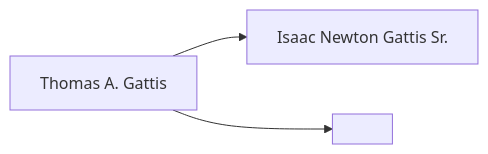
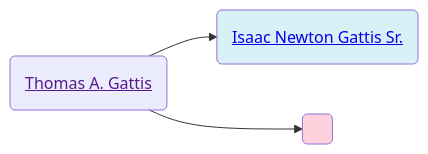
One commit to neelsmith/avocational changed the diagram in familyhistory/sources/people/Gattis-line/Thomas_A._Gattis.qmd. Above: the diagram before and after it, drawn with Mermaid. The commit also changed 71 other files, not shown here.

````diff
--- a/familyhistory/sources/people/Gattis-line/Thomas_A._Gattis.qmd
+++ b/familyhistory/sources/people/Gattis-line/Thomas_A._Gattis.qmd
@@ -19,5 +19,11 @@
 ```{mermaid}
 graph LR
-Thomas_A._Gattis[Thomas A. Gattis] -->  Isaac_Newton_Gattis_Sr.[Isaac Newton Gattis Sr.]
-Thomas_A._Gattis[Thomas A. Gattis]  --> _[ ]
+Thomas_A._Gattis(<a href=''>Thomas A. Gattis</>) -->  Isaac_Newton_Gattis_Sr.(<a href='./Isaac_Newton_Gattis_Sr..html'>Isaac Newton Gattis Sr.</>)
+class Isaac_Newton_Gattis_Sr. father
+Thomas_A._Gattis(<a href=''>Thomas A. Gattis</>)  --> _(<a href=''> </>)
+class _ mother
+classDef mother fill:#ffd1dc
+classDef father fill:#daf0f7  
+classDef marriage fill:#ffffff
+
 ```
````
